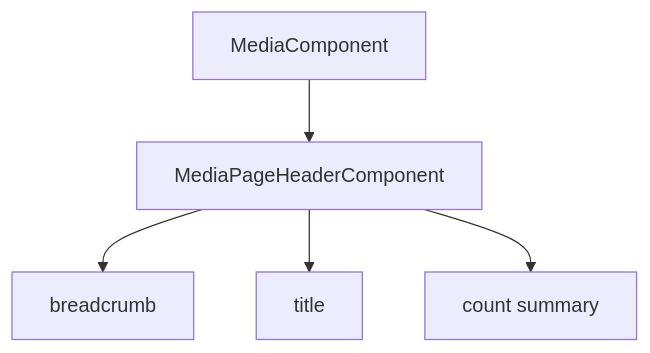
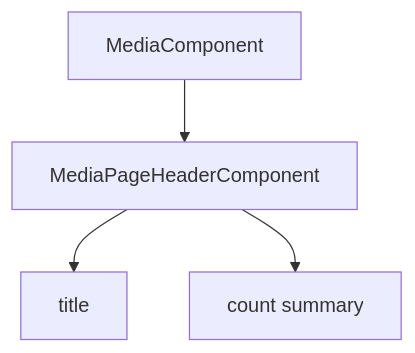
One commit to matkleve/feldpost changed the first of 2 diagrams in docs/specs/component/media/media-page-header.md. Above: the diagram before and after it, drawn with Mermaid. The commit also changed other lines of this file and 4 other files, not shown here.

````diff
--- a/docs/specs/component/media/media-page-header.md
+++ b/docs/specs/component/media/media-page-header.md
@@ -72,7 +69,6 @@
 ```mermaid
 flowchart TD
   A[MediaComponent] --> B[MediaPageHeaderComponent]
-  B --> C[breadcrumb]
   B --> D[title]
   B --> E[count summary]
 ```
````
